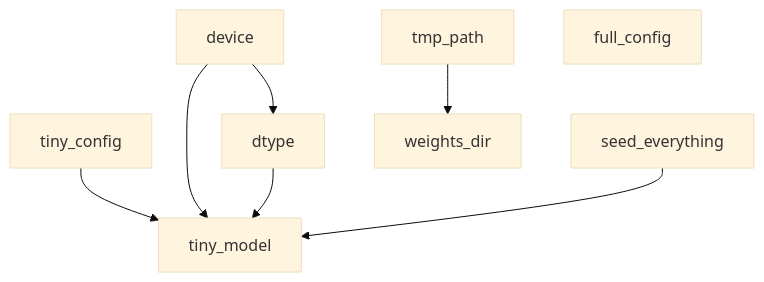
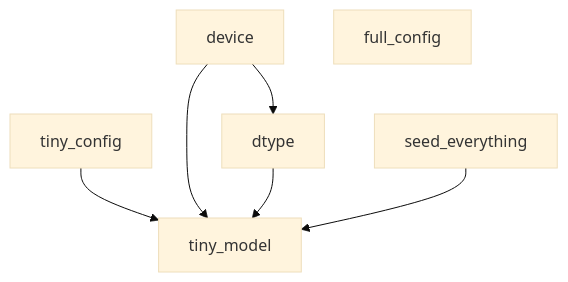
One commit to atandra2000/LLaMA-3-Lite changed the first of 2 diagrams in docs/reference/tests.md. Above: the diagram before and after it, drawn with Mermaid (base theme). The commit also changed other lines of this file and 7 other files, not shown here.

````diff
--- a/docs/reference/tests.md
+++ b/docs/reference/tests.md
@@ -95,10 +94,9 @@
 ```mermaid
 graph TD
     device --> dtype
     tiny_config --> tiny_model
     device --> tiny_model
     dtype --> tiny_model
     seed_everything --> tiny_model
-    tmp_path --> weights_dir
     full_config
 ```
````
